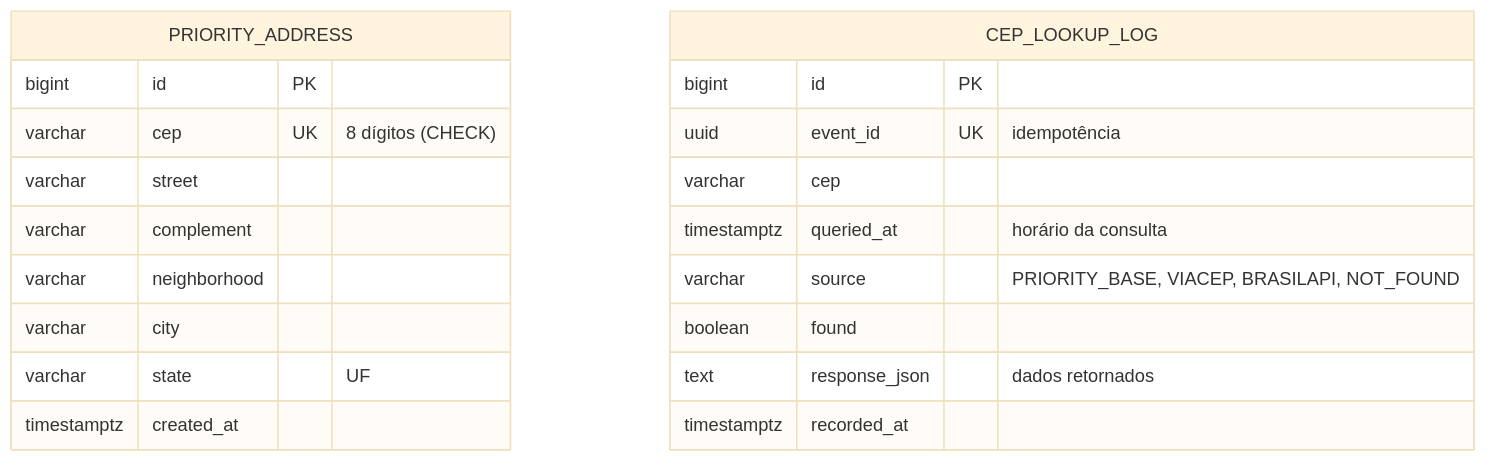
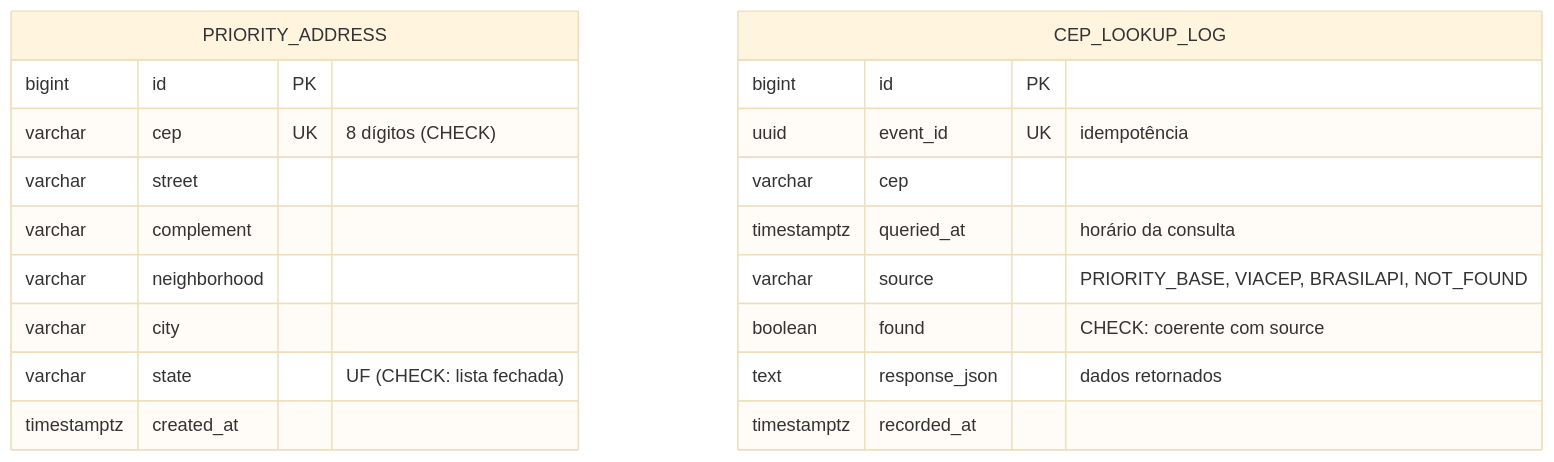
The fifth of 5 diagrams in docs/arquitetura.md (thales-mro/cep-service), drawn with Mermaid (base theme) before and after one commit. The commit also changed 3 other files, not shown here.

````diff
--- a/docs/arquitetura.md
+++ b/docs/arquitetura.md
@@ -217,23 +217,23 @@
 ```mermaid
 erDiagram
     PRIORITY_ADDRESS {
         bigint id PK
         varchar cep UK "8 dígitos (CHECK)"
         varchar street
         varchar complement
         varchar neighborhood
         varchar city
-        varchar state "UF"
+        varchar state "UF (CHECK: lista fechada)"
         timestamptz created_at
     }
     CEP_LOOKUP_LOG {
         bigint id PK
         uuid event_id UK "idempotência"
         varchar cep
         timestamptz queried_at "horário da consulta"
         varchar source "PRIORITY_BASE, VIACEP, BRASILAPI, NOT_FOUND"
-        boolean found
+        boolean found "CHECK: coerente com source"
         text response_json "dados retornados"
         timestamptz recorded_at
     }
 ```
````
